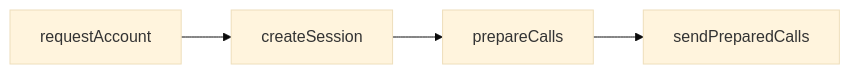
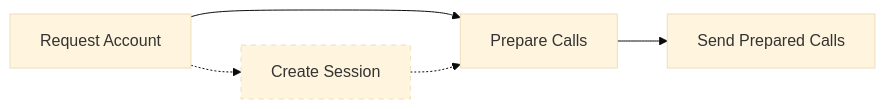
Before and after one commit to alchemyplatform/docs: the diagram in fern/api-reference/smart-wallets/quickstart.mdx, drawn with Mermaid (base theme).

Commit message:
feat: modify mermaid graph to show the optionality

````diff
--- a/fern/api-reference/smart-wallets/quickstart.mdx
+++ b/fern/api-reference/smart-wallets/quickstart.mdx
@@ -17,6 +17,11 @@
 ```mermaid
-graph LR
-    A[requestAccount] --> B[createSession]
-    B --> C[prepareCalls]
-    C --> D[sendPreparedCalls]
+flowchart LR
+  A[Request Account] -.-> C[Create Session]
+  A --> D[Prepare Calls]
+  C -.-> D
+  D --> E[Send Prepared Calls]
+
+  %% styling the optional step
+  classDef optional stroke-dasharray:5;
+  class C optional;
 ```
````
